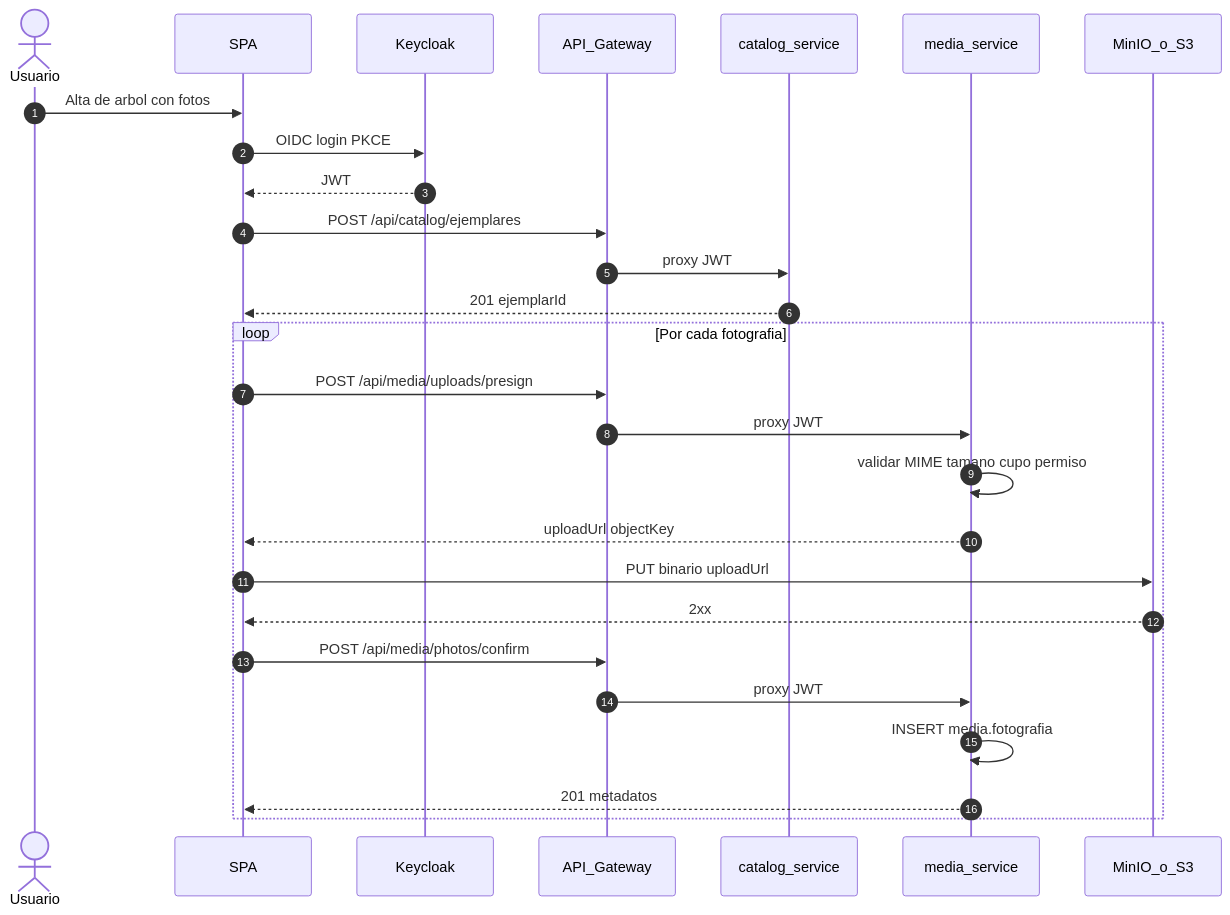
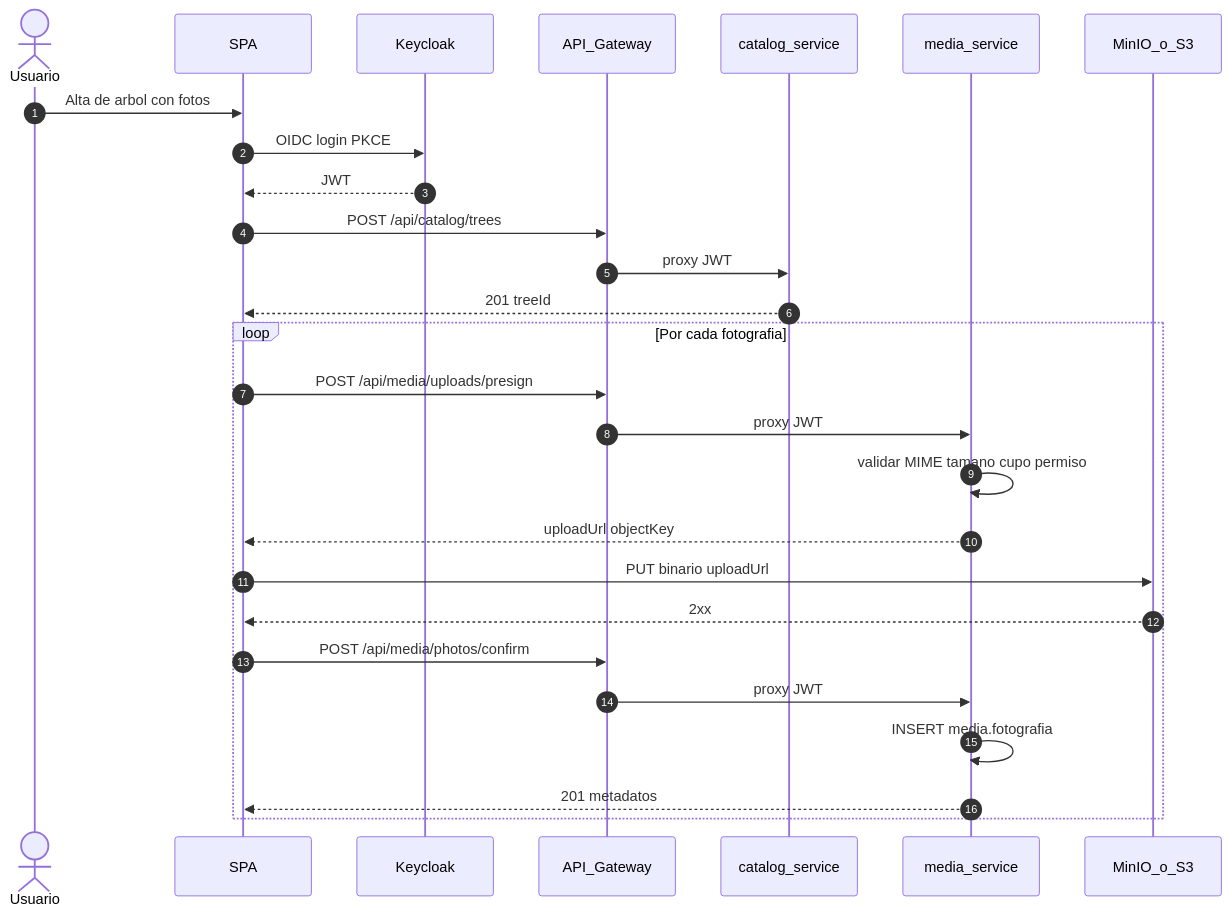
One commit to LIDR-academy/AI4Devs-finalproject changed diagram 11 of 19 in readme.md. Above: the diagram before and after it, drawn with Mermaid. The commit also changed other lines of this file and 23 other files, not shown here.

````diff
--- a/readme.md
+++ b/readme.md
@@ -724,34 +724,34 @@
 ```mermaid
 sequenceDiagram
   autonumber
   actor U as Usuario
   participant SPA as SPA
   participant KC as Keycloak
   participant GW as API_Gateway
   participant CAT as catalog_service
   participant MS as media_service
   participant OBJ as MinIO_o_S3
 
   U->>SPA: Alta de arbol con fotos
   SPA->>KC: OIDC login PKCE
   KC-->>SPA: JWT
 
-  SPA->>GW: POST /api/catalog/ejemplares
+  SPA->>GW: POST /api/catalog/trees
   GW->>CAT: proxy JWT
-  CAT-->>SPA: 201 ejemplarId
+  CAT-->>SPA: 201 treeId
 
   loop Por cada fotografia
     SPA->>GW: POST /api/media/uploads/presign
     GW->>MS: proxy JWT
     MS->>MS: validar MIME tamano cupo permiso
     MS-->>SPA: uploadUrl objectKey
 
     SPA->>OBJ: PUT binario uploadUrl
     OBJ-->>SPA: 2xx
 
     SPA->>GW: POST /api/media/photos/confirm
     GW->>MS: proxy JWT
     MS->>MS: INSERT media.fotografia
     MS-->>SPA: 201 metadatos
   end
 ```
````
